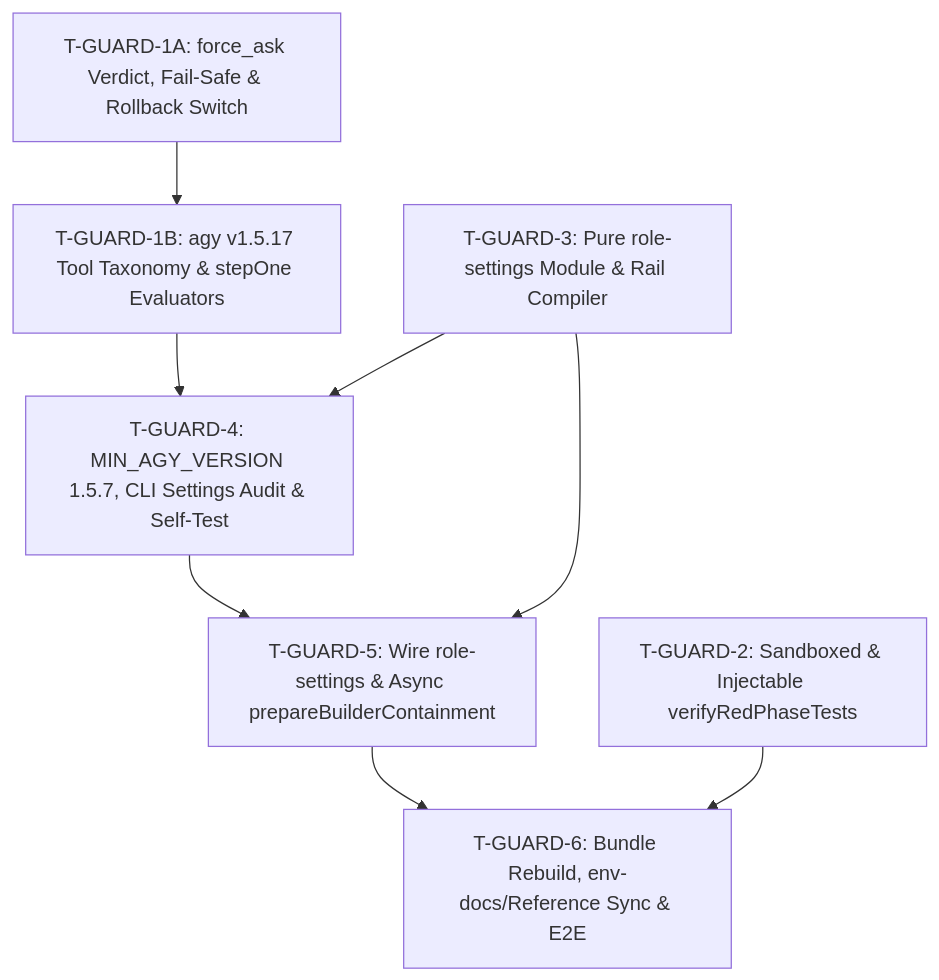
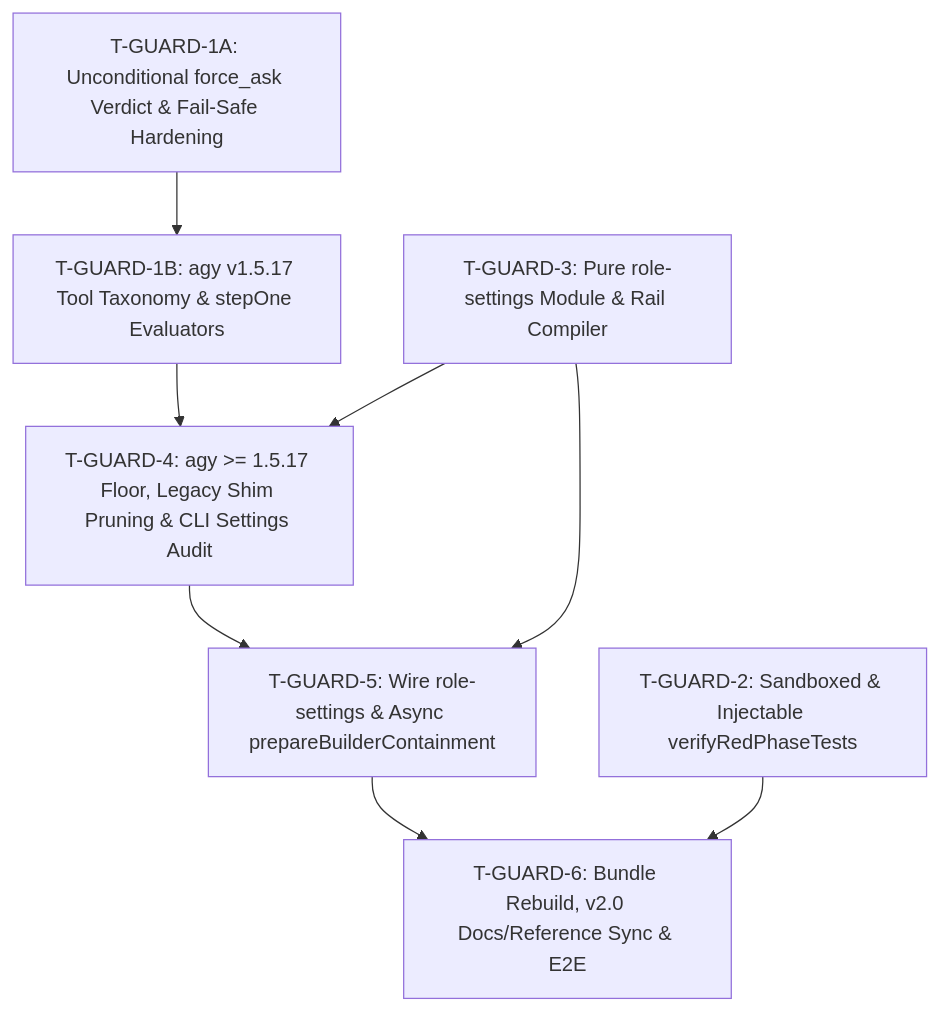
One commit to voodootikigod/antigravity-booster changed the diagram in specs/native-agy-guardrails-spec.md. Above: the diagram before and after it, drawn with Mermaid. The commit also changed other lines of this file, not shown here.

Commit message:
docs(spec): level up to agy >= 1.5.17 for v2.0 and prune legacy shims

````diff
--- a/specs/native-agy-guardrails-spec.md
+++ b/specs/native-agy-guardrails-spec.md
@@ -40,10 +39,10 @@
 ```mermaid
 graph TD
-  T-GUARD-1A["T-GUARD-1A: force_ask Verdict, Fail-Safe & Rollback Switch"] --> T-GUARD-1B["T-GUARD-1B: agy v1.5.17 Tool Taxonomy & stepOne Evaluators"]
-  T-GUARD-1B --> T-GUARD-4["T-GUARD-4: MIN_AGY_VERSION 1.5.7, CLI Settings Audit & Self-Test"]
+  T-GUARD-1A["T-GUARD-1A: Unconditional force_ask Verdict & Fail-Safe Hardening"] --> T-GUARD-1B["T-GUARD-1B: agy v1.5.17 Tool Taxonomy & stepOne Evaluators"]
+  T-GUARD-1B --> T-GUARD-4["T-GUARD-4: agy >= 1.5.17 Floor, Legacy Shim Pruning & CLI Settings Audit"]
   T-GUARD-3["T-GUARD-3: Pure role-settings Module & Rail Compiler"] --> T-GUARD-4
   T-GUARD-3 --> T-GUARD-5["T-GUARD-5: Wire role-settings & Async prepareBuilderContainment"]
   T-GUARD-4 --> T-GUARD-5
-  T-GUARD-2["T-GUARD-2: Sandboxed & Injectable verifyRedPhaseTests"] --> T-GUARD-6["T-GUARD-6: Bundle Rebuild, env-docs/Reference Sync & E2E"]
+  T-GUARD-2["T-GUARD-2: Sandboxed & Injectable verifyRedPhaseTests"] --> T-GUARD-6["T-GUARD-6: Bundle Rebuild, v2.0 Docs/Reference Sync & E2E"]
   T-GUARD-5 --> T-GUARD-6
 ```
````
